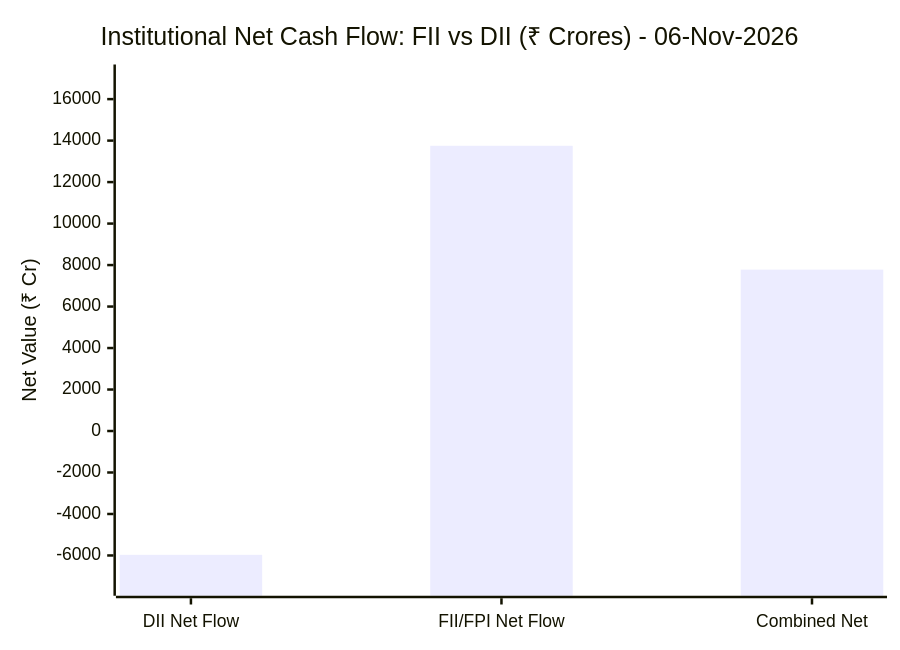
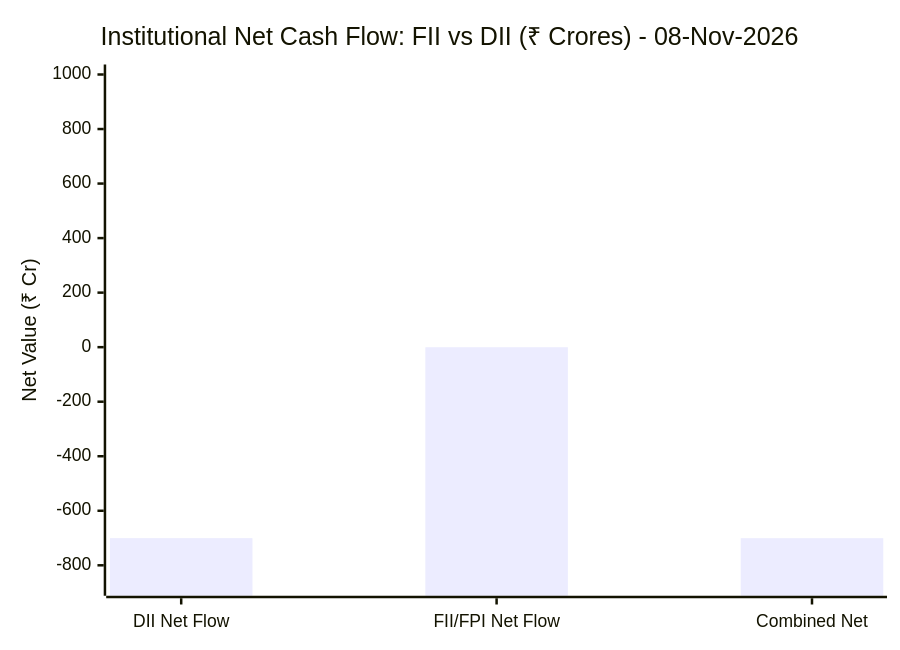
Before and after one commit to purnareddy9/dev: the diagram in market-intelligence/README.md, drawn with Mermaid. The commit also changed other lines of this file and 4 other files, not shown here.

````diff
--- a/market-intelligence/README.md
+++ b/market-intelligence/README.md
@@ -65,7 +65,7 @@
 ```mermaid
 xychart-beta
-    title "Institutional Net Cash Flow: FII vs DII (₹ Crores) - 06-Nov-2026"
+    title "Institutional Net Cash Flow: FII vs DII (₹ Crores) - 08-Nov-2026"
     x-axis ["DII Net Flow", "FII/FPI Net Flow", "Combined Net"]
-    y-axis "Net Value (₹ Cr)" -7460 --> 17187
-    bar [-5968.7, 13749.82, 7781.12]
+    y-axis "Net Value (₹ Cr)" -875 --> 1000
+    bar [-700.31, -0.25, -700.56]
 ```
````
